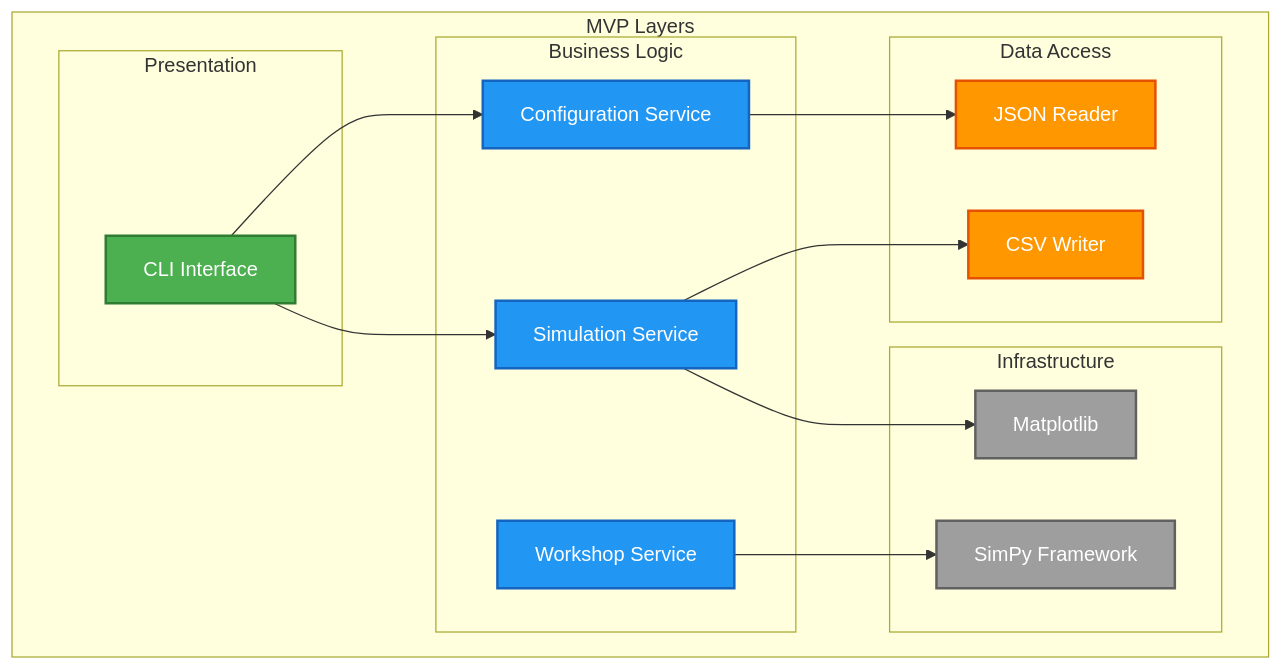
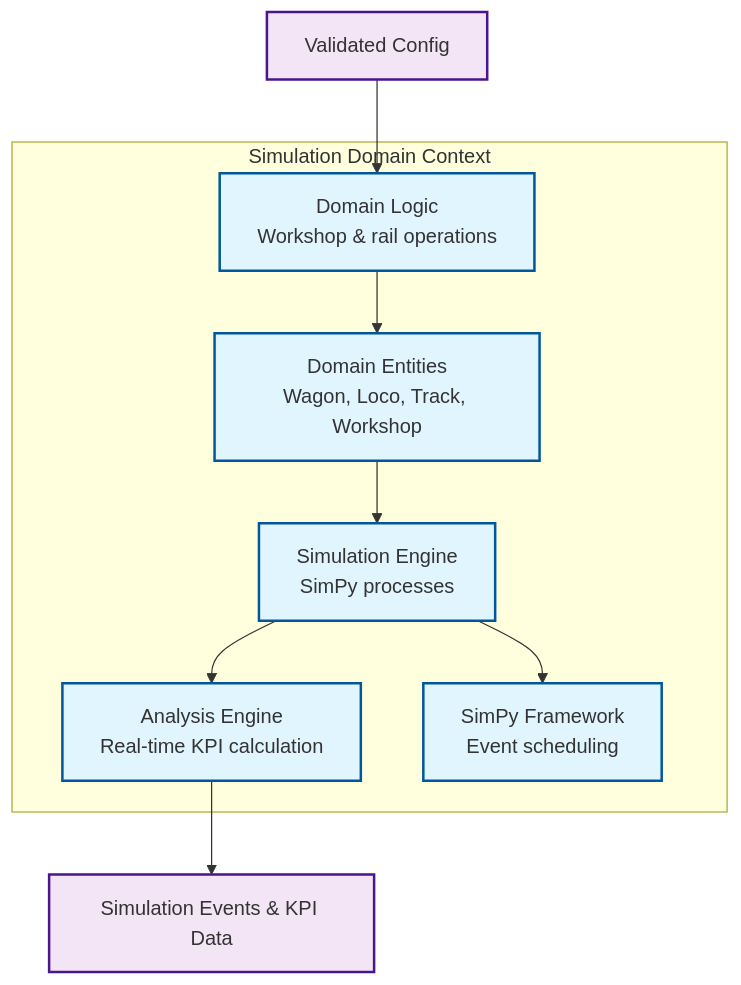
Before and after one commit to OpenRailAssociation/dac-migration-dss-popupsim: the third of 4 diagrams in docs/mvp/architecture/05-building-blocks.md, drawn with Mermaid. The commit also changed other lines of this file and 19 other files, not shown here.

First line of the commit message:
docs(pages): 📝 update MVP architecture

````diff
--- a/docs/mvp/architecture/05-building-blocks.md
+++ b/docs/mvp/architecture/05-building-blocks.md
@@ -36,41 +126,23 @@
 ```mermaid
 graph TB
-    subgraph "MVP Layers"
-        subgraph "Presentation"
-            CLI[CLI Interface]
-        end
-
-        subgraph "Business Logic"
-            ConfigService[Configuration Service]
-            WorkshopService[Workshop Service]
-            SimulationService[Simulation Service]
-        end
-
-        subgraph "Data Access"
-            JSONReader[JSON Reader]
-            CSVWriter[CSV Writer]
-        end
-
-        subgraph "Infrastructure"
-            SimPy[SimPy Framework]
-            Matplotlib[Matplotlib]
-        end
+    subgraph "Simulation Domain Context"
+        DomainLogic["Domain Logic<br/>Workshop & rail operations"]
+        Entities["Domain Entities<br/>Wagon, Loco, Track, Workshop"]
+        SimEngine["Simulation Engine<br/>SimPy processes"]
+        AnalysisEngine["Analysis Engine<br/>Real-time KPI calculation"]
+        SimPy["SimPy Framework<br/>Event scheduling"]
     end
 
-    CLI --> ConfigService
-    CLI --> SimulationService
-    ConfigService --> JSONReader
-    WorkshopService --> SimPy
-    SimulationService --> CSVWriter
-    SimulationService --> Matplotlib
+    Config[Validated Config] --> DomainLogic
+    DomainLogic --> Entities
+    Entities --> SimEngine
+    SimEngine --> SimPy
+    SimEngine --> AnalysisEngine
+    AnalysisEngine --> Results[Simulation Events & KPI Data]
 
-    classDef presentation fill:#4caf50,stroke:#2e7d32,stroke-width:2px,color:#fff
-    classDef business fill:#2196f3,stroke:#1565c0,stroke-width:2px,color:#fff
-    classDef data fill:#ff9800,stroke:#e65100,stroke-width:2px,color:#fff
-    classDef infrastructure fill:#9e9e9e,stroke:#616161,stroke-width:2px,color:#fff
+    classDef component fill:#e1f5fe,stroke:#01579b,stroke-width:2px
+    classDef external fill:#f3e5f5,stroke:#4a148c,stroke-width:2px
 
-    class CLI presentation
-    class ConfigService,WorkshopService,SimulationService business
-    class JSONReader,CSVWriter data
-    class SimPy,Matplotlib infrastructure
+    class DomainLogic,Entities,SimEngine,AnalysisEngine,SimPy component
+    class Config,Results external
 ```
````
